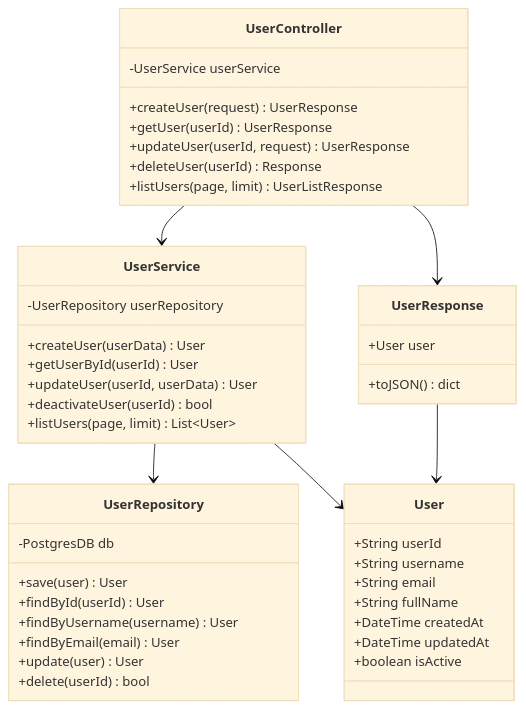
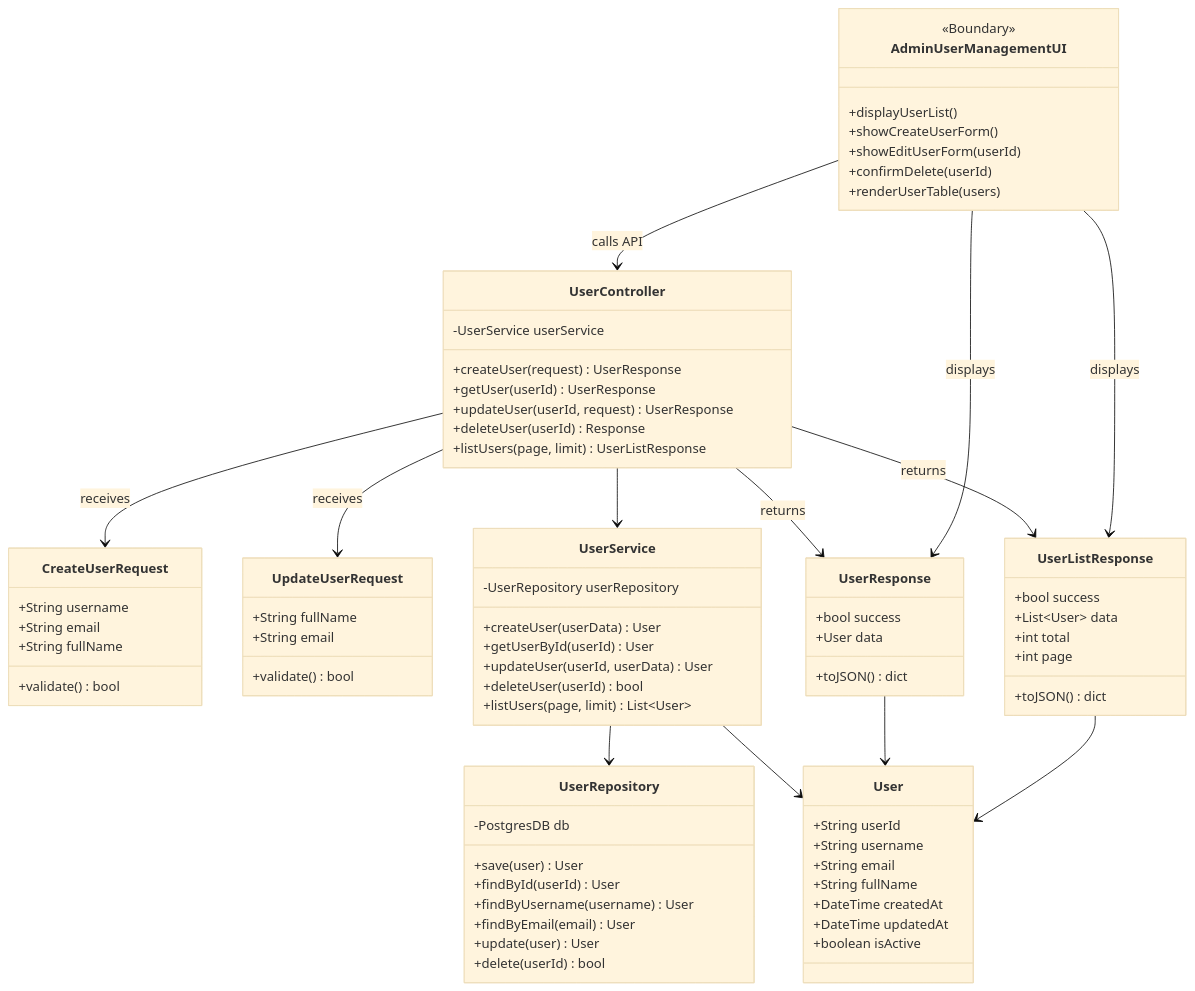
Before and after one commit to tvanle/Module2-HTTM: the third of 18 diagrams in README.md, drawn with Mermaid (base theme). The commit also changed other lines of this file, not shown here.

````diff
--- a/README.md
+++ b/README.md
@@ -345,5 +343,14 @@
 ```mermaid
 classDiagram
+    class AdminUserManagementUI {
+        <<Boundary>>
+        +displayUserList()
+        +showCreateUserForm()
+        +showEditUserForm(userId)
+        +confirmDelete(userId)
+        +renderUserTable(users)
+    }
+
     class UserController {
         -UserService userService
         +createUser(request) UserResponse
@@ -353,12 +360,25 @@
         +listUsers(page, limit) UserListResponse
     }
 
+    class CreateUserRequest {
+        +String username
+        +String email
+        +String fullName
+        +validate() bool
+    }
+
+    class UpdateUserRequest {
+        +String fullName
+        +String email
+        +validate() bool
+    }
+
     class UserService {
         -UserRepository userRepository
         +createUser(userData) User
         +getUserById(userId) User
         +updateUser(userId, userData) User
-        +deactivateUser(userId) bool
+        +deleteUser(userId) bool
         +listUsers(page, limit) List~User~
     }
 
@@ -383,13 +403,29 @@
     }
 
     class UserResponse {
-        +User user
+        +bool success
+        +User data
         +toJSON() dict
     }
 
+    class UserListResponse {
+        +bool success
+        +List~User~ data
+        +int total
+        +int page
+        +toJSON() dict
+    }
+
+    AdminUserManagementUI --> UserController : calls API
+    UserController --> CreateUserRequest : receives
+    UserController --> UpdateUserRequest : receives
     UserController --> UserService
     UserService --> UserRepository
     UserService --> User
-    UserController --> UserResponse
+    UserController --> UserResponse : returns
+    UserController --> UserListResponse : returns
     UserResponse --> User
+    UserListResponse --> User
+    AdminUserManagementUI --> UserResponse : displays
+    AdminUserManagementUI --> UserListResponse : displays
 ```
````
